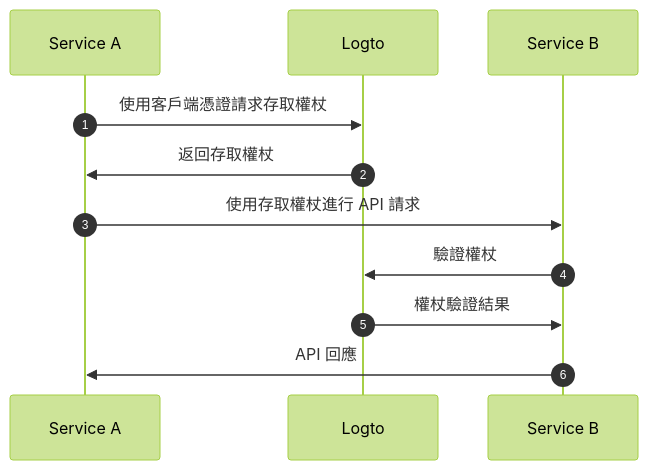
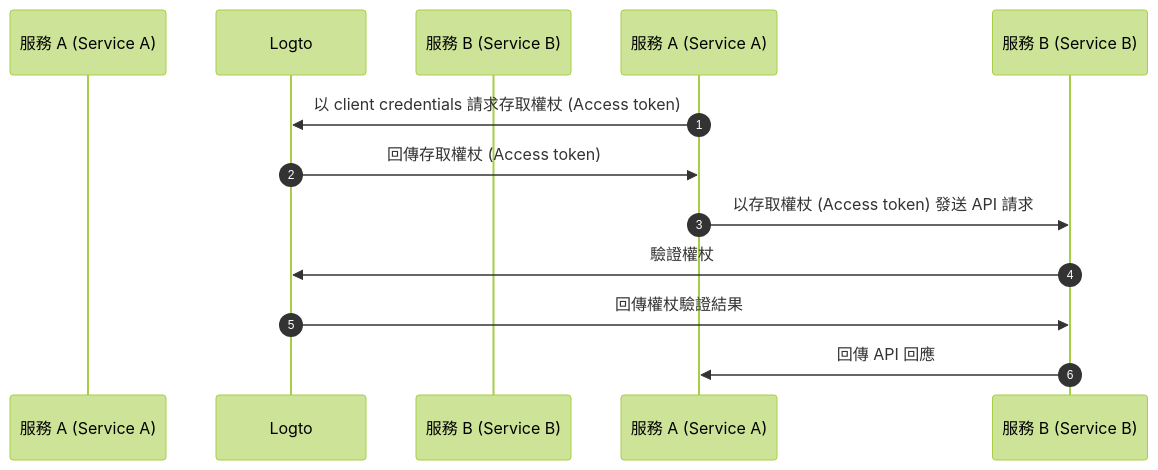
One commit to logto-io/docs changed the second of 4 diagrams in i18n/zh-TW/docusaurus-plugin-content-docs/current/integrate-logto/integrate-logto-into-your-application/understand-authentication-flow.mdx. Above: the diagram before and after it, drawn with Mermaid (forest theme). The commit also changed other lines of this file and 44 other files, not shown here.

````diff
--- a/i18n/zh-TW/docusaurus-plugin-content-docs/current/integrate-logto/integrate-logto-into-your-application/understand-authentication-flow.mdx
+++ b/i18n/zh-TW/docusaurus-plugin-content-docs/current/integrate-logto/integrate-logto-into-your-application/understand-authentication-flow.mdx
@@ -42,14 +42,14 @@
 ```mermaid
 sequenceDiagram
     autonumber
-    participant Service A
+    participant ServiceA as 服務 A (Service A)
     participant Logto
-    participant Service B
+    participant ServiceB as 服務 B (Service B)
 
-    Service A->>Logto: 使用客戶端憑證請求存取權杖
-    Logto->>Service A: 返回存取權杖
-    Service A->>Service B: 使用存取權杖進行 API 請求
-    Service B->>Logto: 驗證權杖
-    Logto->>Service B: 權杖驗證結果
-    Service B->>Service A: API 回應
+    服務 A (Service A)->>Logto: 以 client credentials 請求存取權杖 (Access token)
+    Logto->>服務 A (Service A): 回傳存取權杖 (Access token)
+    服務 A (Service A)->>服務 B (Service B): 以存取權杖 (Access token) 發送 API 請求
+    服務 B (Service B)->>Logto: 驗證權杖
+    Logto->>服務 B (Service B): 回傳權杖驗證結果
+    服務 B (Service B)->>服務 A (Service A): 回傳 API 回應
 ```
````
